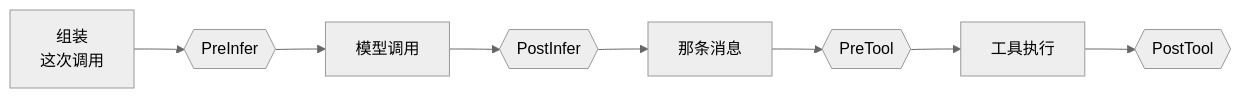
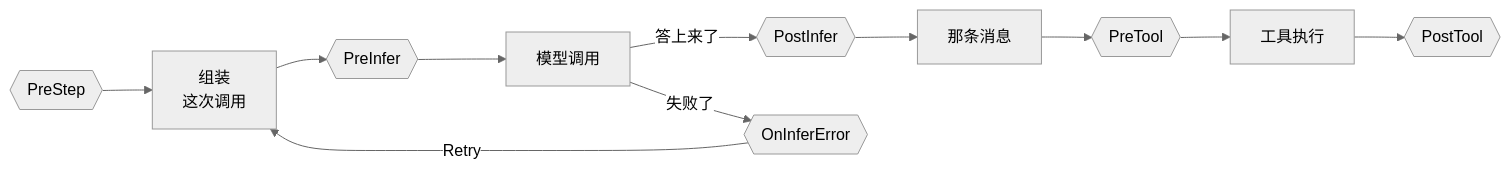
One commit to genai-io/sdk-go changed the second of 3 diagrams in README.zh-CN.md. Above: the diagram before and after it, drawn with Mermaid (neutral theme). The commit also changed other lines of this file and 8 other files, not shown here.

````diff
--- a/README.zh-CN.md
+++ b/README.zh-CN.md
@@ -385,5 +385,8 @@
 ```mermaid
 flowchart LR
-    A["组装<br/>这次调用"] --> B{{PreInfer}} --> C["模型调用"] --> D{{PostInfer}}
+    Z{{PreStep}} --> A["组装<br/>这次调用"] --> B{{PreInfer}} --> C["模型调用"]
+    C -->|答上来了| D{{PostInfer}}
     D --> E["那条消息"] --> F{{PreTool}} --> G["工具执行"] --> H{{PostTool}}
+    C -->|失败了| X{{OnInferError}}
+    X -->|Retry| A
 ```
````
